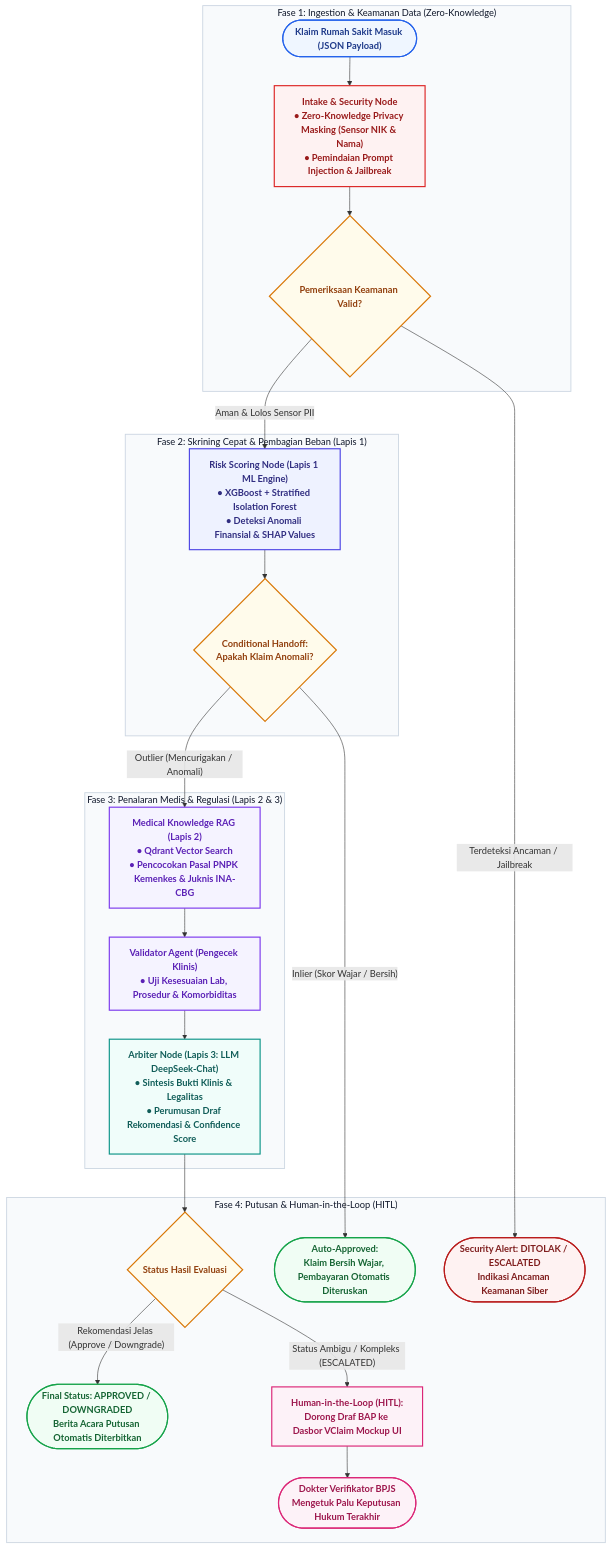
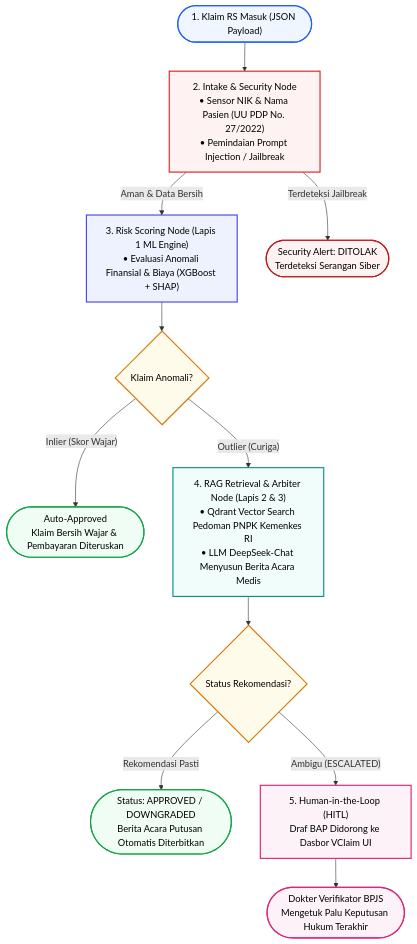
Before and after one commit to wmaulanaaishq/Garda-JKN: the diagram in docs/WORKFLOW_SISTEM.md, drawn with Mermaid. The commit also changed other lines of this file and 3 other files, not shown here.

Commit message:
docs: streamline workflow diagram to be to-the-point with pure black text

````diff
--- a/docs/WORKFLOW_SISTEM.md
+++ b/docs/WORKFLOW_SISTEM.md
@@ -15,61 +9,40 @@
 ```mermaid
 flowchart TD
-    %% Styling Khusus Latar Belakang Putih (Light Theme / Word Document)
-    classDef startNode fill:#EFF6FF,stroke:#2563EB,stroke-width:2px,color:#1E3A8A,font-weight:bold;
-    classDef securityNode fill:#FEF2F2,stroke:#DC2626,stroke-width:2px,color:#991B1B,font-weight:bold;
-    classDef mlNode fill:#EEF2FF,stroke:#4F46E5,stroke-width:2px,color:#312E81,font-weight:bold;
-    classDef decisionNode fill:#FFFBEB,stroke:#D97706,stroke-width:2px,color:#92400E,font-weight:bold;
-    classDef ragNode fill:#F5F3FF,stroke:#7C3AED,stroke-width:2px,color:#5B21B6,font-weight:bold;
-    classDef llmNode fill:#F0FDFA,stroke:#0D9488,stroke-width:2px,color:#115E59,font-weight:bold;
-    classDef hitlNode fill:#FDF2F8,stroke:#DB2777,stroke-width:2px,color:#9D174D,font-weight:bold;
-    classDef endApproved fill:#F0FDF4,stroke:#16A34A,stroke-width:2px,color:#166534,font-weight:bold;
-    classDef endReject fill:#FEF2F2,stroke:#B91C1C,stroke-width:2px,color:#7F1D1D,font-weight:bold;
+    %% Styling Definisi - Font Hitam Pekat (#000000) & Background Lembut
+    classDef startNode fill:#EFF6FF,stroke:#2563EB,stroke-width:2px,color:#000000;
+    classDef securityNode fill:#FEF2F2,stroke:#DC2626,stroke-width:2px,color:#000000;
+    classDef mlNode fill:#EEF2FF,stroke:#4F46E5,stroke-width:2px,color:#000000;
+    classDef decisionNode fill:#FFFBEB,stroke:#D97706,stroke-width:2px,color:#000000;
+    classDef arbiterNode fill:#F0FDFA,stroke:#0D9488,stroke-width:2px,color:#000000;
+    classDef hitlNode fill:#FDF2F8,stroke:#DB2777,stroke-width:2px,color:#000000;
+    classDef successNode fill:#F0FDF4,stroke:#16A34A,stroke-width:2px,color:#000000;
+    classDef rejectNode fill:#FEF2F2,stroke:#B91C1C,stroke-width:2px,color:#000000;
 
-    %% Subgraphs & Nodes
-    subgraph S1 ["Fase 1: Ingestion & Keamanan Data (Zero-Knowledge)"]
-        A(["Klaim Rumah Sakit Masuk (JSON Payload)"]):::startNode
-        B["Intake & Security Node<br/>• Zero-Knowledge Privacy Masking (Sensor NIK & Nama)<br/>• Pemindaian Prompt Injection & Jailbreak"]:::securityNode
-        C{"Pemeriksaan Keamanan Valid?"}:::decisionNode
-    end
+    A(["1. Klaim RS Masuk (JSON Payload)"]):::startNode
+    B["2. Intake & Security Node<br/>• Sensor NIK & Nama Pasien (UU PDP No. 27/2022)<br/>• Pemindaian Prompt Injection / Jailbreak"]:::securityNode
+    C["3. Risk Scoring Node (Lapis 1 ML Engine)<br/>• Evaluasi Anomali Finansial & Biaya (XGBoost + SHAP)"]:::mlNode
+    D{"Klaim Anomali?"}:::decisionNode
+    
+    E(["Auto-Approved<br/>Klaim Bersih Wajar & Pembayaran Diteruskan"]):::successNode
+    
+    F["4. RAG Retrieval & Arbiter Node (Lapis 2 & 3)<br/>• Qdrant Vector Search Pedoman PNPK Kemenkes RI<br/>• LLM DeepSeek-Chat Menyusun Berita Acara Medis"]:::arbiterNode
+    G{"Status Rekomendasi?"}:::decisionNode
+    
+    H(["Status: APPROVED / DOWNGRADED<br/>Berita Acara Putusan Otomatis Diterbitkan"]):::successNode
+    I["5. Human-in-the-Loop (HITL)<br/>Draf BAP Didorong ke Dasbor VClaim UI"]:::hitlNode
+    J(["Dokter Verifikator BPJS<br/>Mengetuk Palu Keputusan Hukum Terakhir"]):::hitlNode
+    
+    K(["Security Alert: DITOLAK<br/>Terdeteksi Serangan Siber"]):::rejectNode
 
-    subgraph S2 ["Fase 2: Skrining Cepat & Pembagian Beban (Lapis 1)"]
-        D["Risk Scoring Node (Lapis 1 ML Engine)<br/>• XGBoost + Stratified Isolation Forest<br/>• Deteksi Anomali Finansial & SHAP Values"]:::mlNode
-        E{"Conditional Handoff:<br/>Apakah Klaim Anomali?"}:::decisionNode
-    end
-
-    subgraph S3 ["Fase 3: Penalaran Medis & Regulasi (Lapis 2 & 3)"]
-        F["Medical Knowledge RAG (Lapis 2)<br/>• Qdrant Vector Search<br/>• Pencocokan Pasal PNPK Kemenkes & Juknis INA-CBG"]:::ragNode
-        G["Validator Agent (Pengecek Klinis)<br/>• Uji Kesesuaian Lab, Prosedur & Komorbiditas"]:::ragNode
-        H["Arbiter Node (Lapis 3: LLM DeepSeek-Chat)<br/>• Sintesis Bukti Klinis & Legalitas<br/>• Perumusan Draf Rekomendasi & Confidence Score"]:::llmNode
-    end
-
-    subgraph S4 ["Fase 4: Putusan & Human-in-the-Loop (HITL)"]
-        I{"Status Hasil Evaluasi"}:::decisionNode
-        J(["Auto-Approved:<br/>Klaim Bersih Wajar, Pembayaran Otomatis Diteruskan"]):::endApproved
-        K(["Final Status: APPROVED / DOWNGRADED<br/>Berita Acara Putusan Otomatis Diterbitkan"]):::endApproved
-        L["Human-in-the-Loop (HITL):<br/>Dorong Draf BAP ke Dasbor VClaim Mockup UI"]:::hitlNode
-        M(["Dokter Verifikator BPJS<br/>Mengetuk Palu Keputusan Hukum Terakhir"]):::hitlNode
-        N(["Security Alert: DITOLAK / ESCALATED<br/>Indikasi Ancaman Keamanan Siber"]):::endReject
-    end
-
-    %% Hubungan Alur (Edges)
+    %% Alur Proses Ringkas & Linear
     A --> B
-    B --> C
-    C -- "Terdeteksi Ancaman / Jailbreak" --> N
-    C -- "Aman & Lolos Sensor PII" --> D
-    D --> E
-    E -- "Inlier (Skor Wajar / Bersih)" --> J
-    E -- "Outlier (Mencurigakan / Anomali)" --> F
+    B -- "Aman & Data Bersih" --> C
+    B -- "Terdeteksi Jailbreak" --> K
+    C --> D
+    D -- "Inlier (Skor Wajar)" --> E
+    D -- "Outlier (Curiga)" --> F
     F --> G
-    G --> H
-    H --> I
-    I -- "Rekomendasi Jelas (Approve / Downgrade)" --> K
-    I -- "Status Ambigu / Kompleks (ESCALATED)" --> L
-    L --> M
-
-    %% Subgraph Styling Khusus White Theme
-    style S1 fill:#F8FAFC,stroke:#CBD5E1,stroke-width:1.5px,color:#0F172A
-    style S2 fill:#F8FAFC,stroke:#CBD5E1,stroke-width:1.5px,color:#0F172A
-    style S3 fill:#F8FAFC,stroke:#CBD5E1,stroke-width:1.5px,color:#0F172A
-    style S4 fill:#F8FAFC,stroke:#CBD5E1,stroke-width:1.5px,color:#0F172A
+    G -- "Rekomendasi Pasti" --> H
+    G -- "Ambigu (ESCALATED)" --> I
+    I --> J
 ```
````
